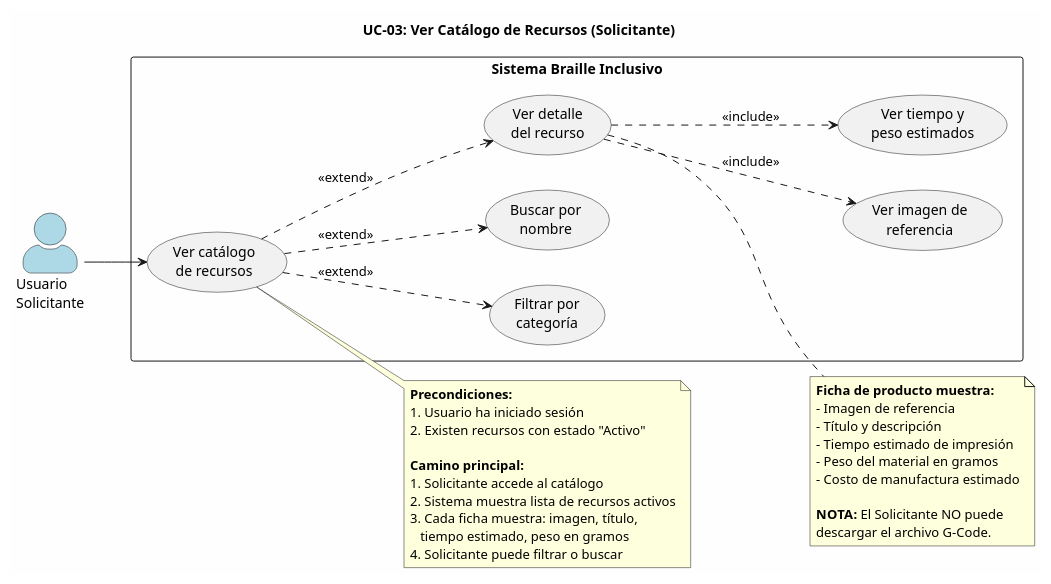
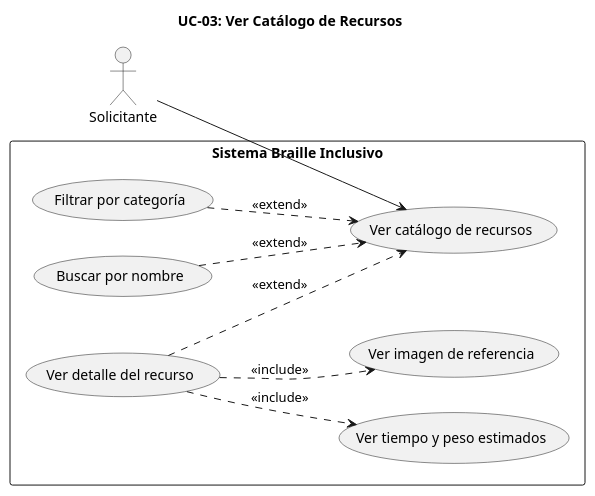
Before and after one commit to ArlTechDev/sistema-3d-inclusivo: the diagram in docs/casos_de_uso/plantuml/UC03_ver_catalogo.puml, drawn with PlantUML. The commit also changed 53 other files, not shown here.

Commit message:
docs(casos): diagramas UML 2.5 académicos B/N (extend corregido, sin actor Sistema, escenarios fuera) + PNG/SVG

```diff
--- a/docs/casos_de_uso/plantuml/UC03_ver_catalogo.puml
+++ b/docs/casos_de_uso/plantuml/UC03_ver_catalogo.puml
@@ -1,65 +1,29 @@
 @startuml UC03_Ver_Catalogo
-' =============================================
-' UC-03: Ver Catálogo de Recursos
-' Módulo 4: Catálogo Digital de Producción Educativa Táctil
-' Actor: Solicitante
-' =============================================
+title UC-03: Ver Catálogo de Recursos
+
+skinparam monochrome true
+skinparam shadowing false
+skinparam backgroundColor white
 
 left to right direction
-skinparam actorStyle awesome
-skinparam packageStyle rectangle
-skinparam backgroundColor #FEFEFE
-skinparam shadowing false
 
-title UC-03: Ver Catálogo de Recursos (Solicitante)
+actor "Solicitante" as S
 
-' === ACTORES ===
-actor "Usuario\nSolicitante" as S #LightBlue
-
-' === SISTEMA ===
 rectangle "Sistema Braille Inclusivo" {
-
-    usecase "Ver catálogo\nde recursos" as UC03a
-    usecase "Filtrar por\ncategoría" as UC03b
-    usecase "Buscar por\nnombre" as UC03c
-    usecase "Ver detalle\ndel recurso" as UC03d
-    usecase "Ver imagen de\nreferencia" as UC03e
-    usecase "Ver tiempo y\npeso estimados" as UC03f
-
+    usecase "Ver catálogo de recursos" as UC03a
+    usecase "Filtrar por categoría" as UC03b
+    usecase "Buscar por nombre" as UC03c
+    usecase "Ver detalle del recurso" as UC03d
+    usecase "Ver imagen de referencia" as UC03e
+    usecase "Ver tiempo y peso estimados" as UC03f
 }
 
-' === CONEXIONES ===
 S --> UC03a
-UC03a ..> UC03b : <<extend>>
-UC03a ..> UC03c : <<extend>>
-UC03a ..> UC03d : <<extend>>
+
+UC03b ..> UC03a : <<extend>>
+UC03c ..> UC03a : <<extend>>
+UC03d ..> UC03a : <<extend>>
 UC03d ..> UC03e : <<include>>
 UC03d ..> UC03f : <<include>>
 
-' === NOTAS ===
-note right of UC03a
-  **Precondiciones:**
-  1. Usuario ha iniciado sesión
-  2. Existen recursos con estado "Activo"
-
-  **Camino principal:**
-  1. Solicitante accede al catálogo
-  2. Sistema muestra lista de recursos activos
-  3. Cada ficha muestra: imagen, título,
-     tiempo estimado, peso en gramos
-  4. Solicitante puede filtrar o buscar
-end note
-
-note right of UC03d
-  **Ficha de producto muestra:**
-  - Imagen de referencia
-  - Título y descripción
-  - Tiempo estimado de impresión
-  - Peso del material en gramos
-  - Costo de manufactura estimado
-
-  **NOTA:** El Solicitante NO puede
-  descargar el archivo G-Code.
-end note
-
 @enduml
```
